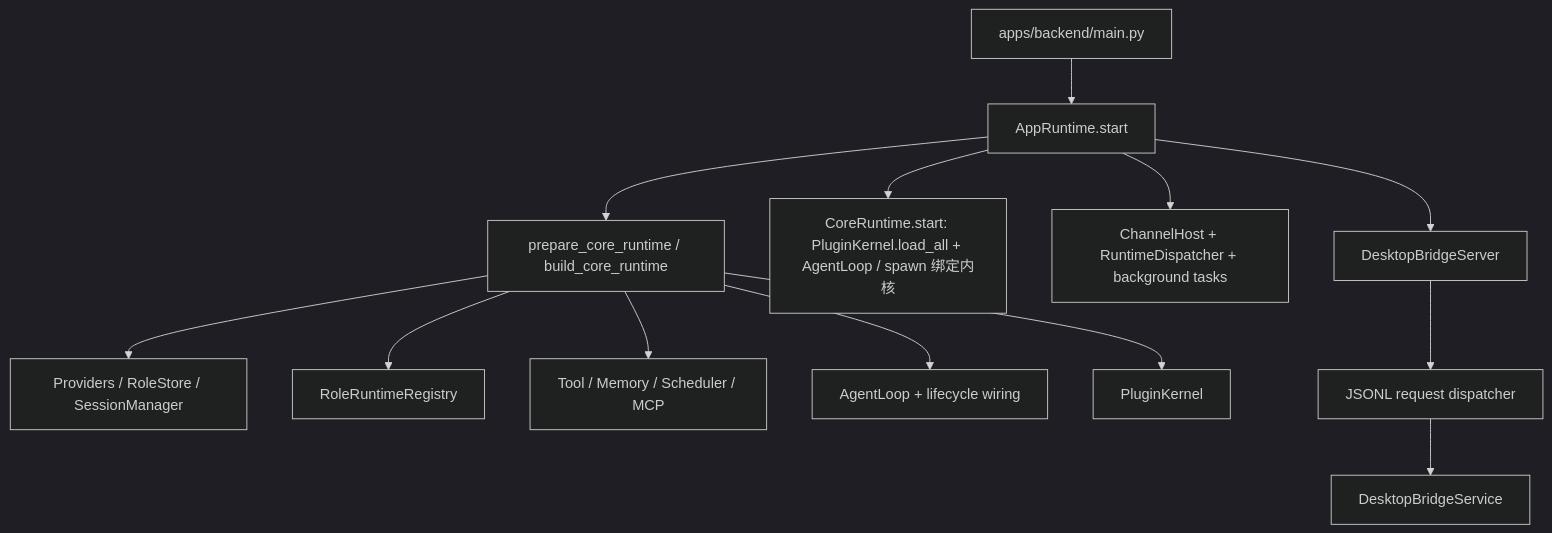
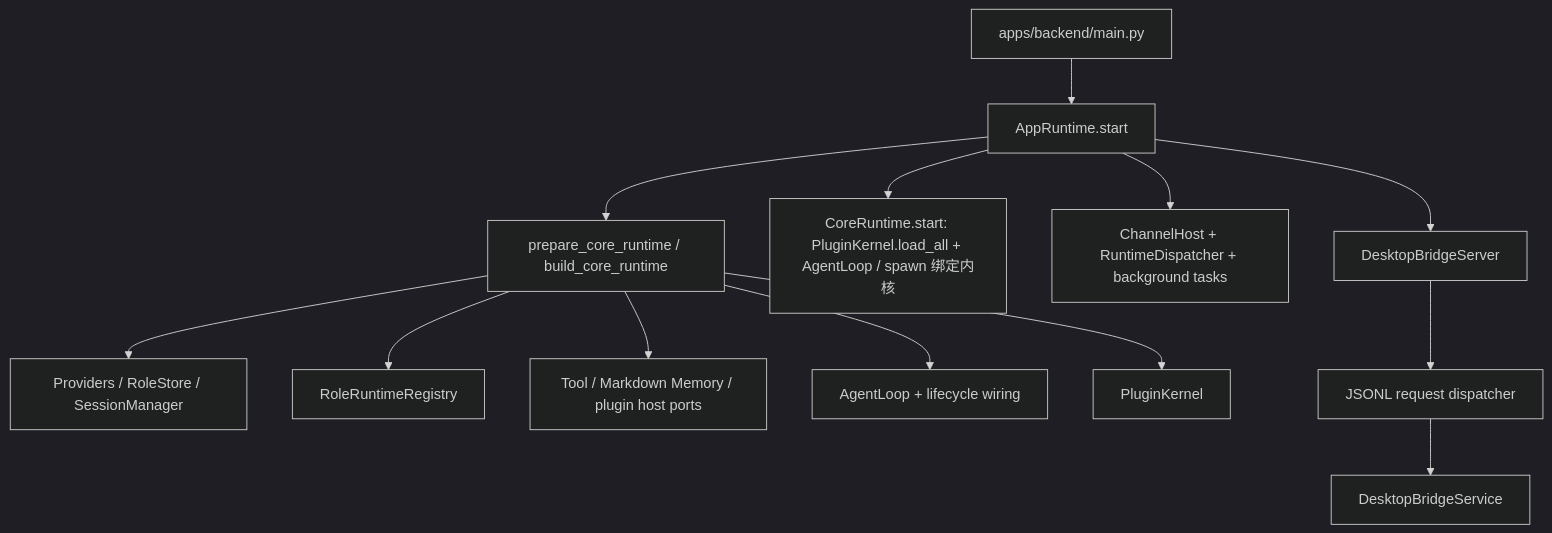
Before and after one commit to YinFengWindy/Shiori-Agent: the first of 3 diagrams in docs/knowledge/architecture/current-backend.md, drawn with Mermaid (dark theme). The commit also changed other lines of this file and 6 other files, not shown here.

````diff
--- a/docs/knowledge/architecture/current-backend.md
+++ b/docs/knowledge/architecture/current-backend.md
@@ -37,15 +37,15 @@
 ```mermaid
 flowchart TD
   A[apps/backend/main.py] --> B[AppRuntime.start]
   B --> C[prepare_core_runtime / build_core_runtime]
   C --> D[Providers / RoleStore / SessionManager]
   C --> E[RoleRuntimeRegistry]
-  C --> F[Tool / Memory / Scheduler / MCP]
+  C --> F[Tool / Markdown Memory / plugin host ports]
   C --> G[AgentLoop + lifecycle wiring]
   C --> H[PluginKernel]
   B --> P[CoreRuntime.start: PluginKernel.load_all + AgentLoop / spawn 绑定内核]
   B --> I[ChannelHost + RuntimeDispatcher + background tasks]
   B --> J[DesktopBridgeServer]
   J --> K[JSONL request dispatcher]
   K --> L[DesktopBridgeService]
 ```
````
